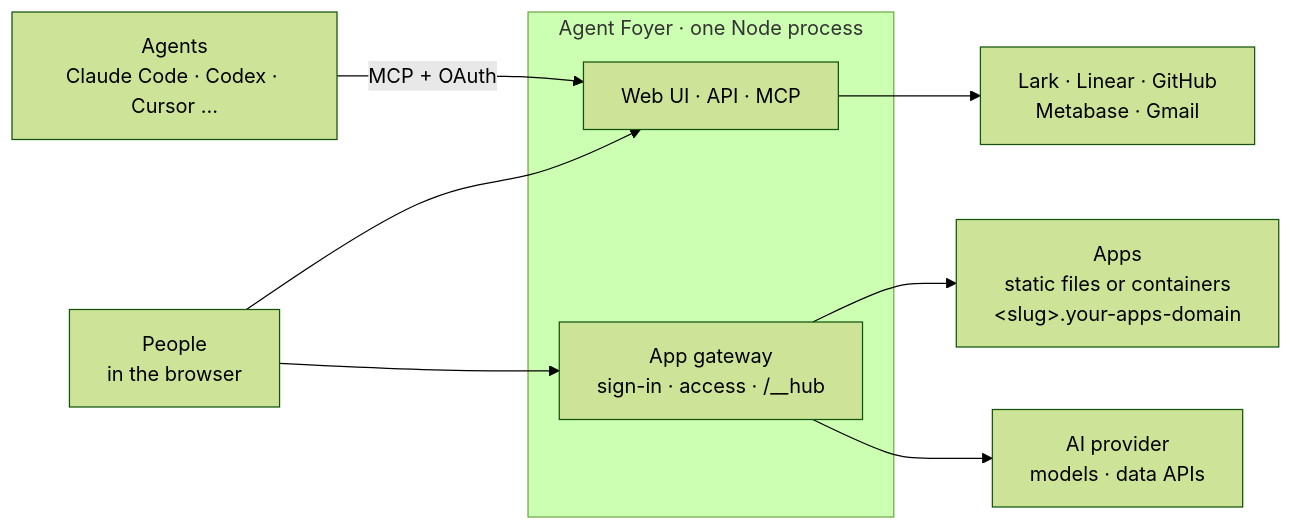
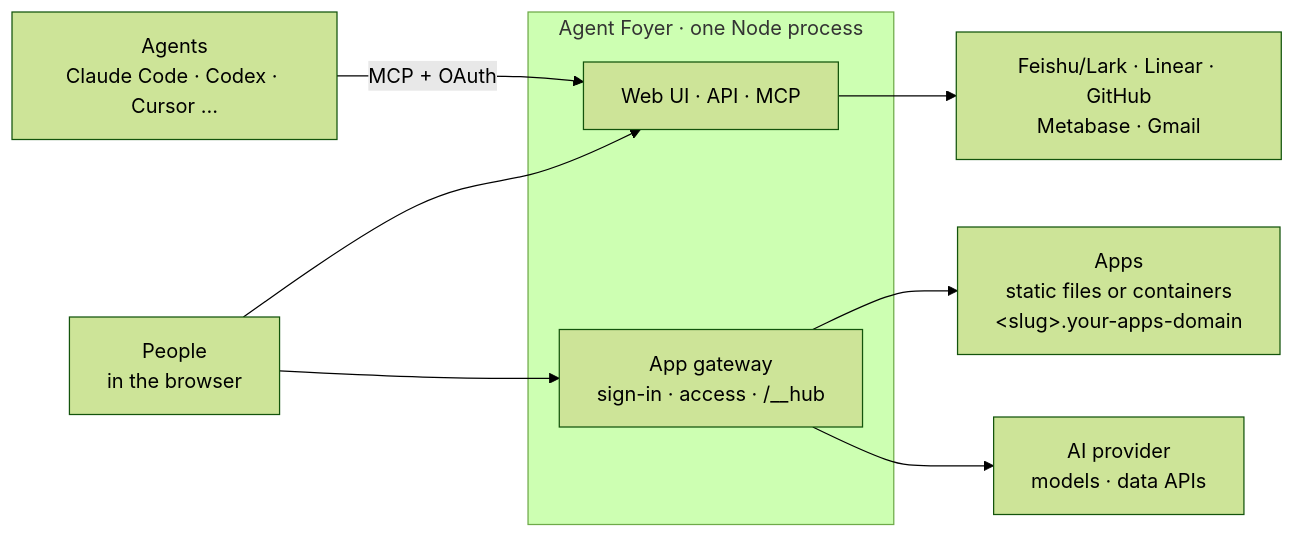
Before and after one commit to AIsa-team/agent-foyer: the diagram in README.md, drawn with Mermaid (forest theme). The commit also changed other lines of this file and 1 other file, not shown here.

First line of the commit message:
README: natural Chinese, a content example, Feishu/Lark

````diff
--- a/README.md
+++ b/README.md
@@ -123,13 +124,13 @@
 ```mermaid
 flowchart LR
   agents["Agents<br/>Claude Code · Codex · Cursor …"] -- "MCP + OAuth" --> hub
   people["People<br/>in the browser"] --> hub
   people --> gateway
   subgraph foyer["Agent Foyer · one Node process"]
     hub["Web UI · API · MCP"]
     gateway["App gateway<br/>sign-in · access · /__hub"]
   end
   gateway --> apps["Apps<br/>static files or containers<br/>&lt;slug&gt;.your-apps-domain"]
-  hub --> tools["Lark · Linear · GitHub<br/>Metabase · Gmail"]
+  hub --> tools["Feishu/Lark · Linear · GitHub<br/>Metabase · Gmail"]
   gateway --> ai["AI provider<br/>models · data APIs"]
 ```
````
